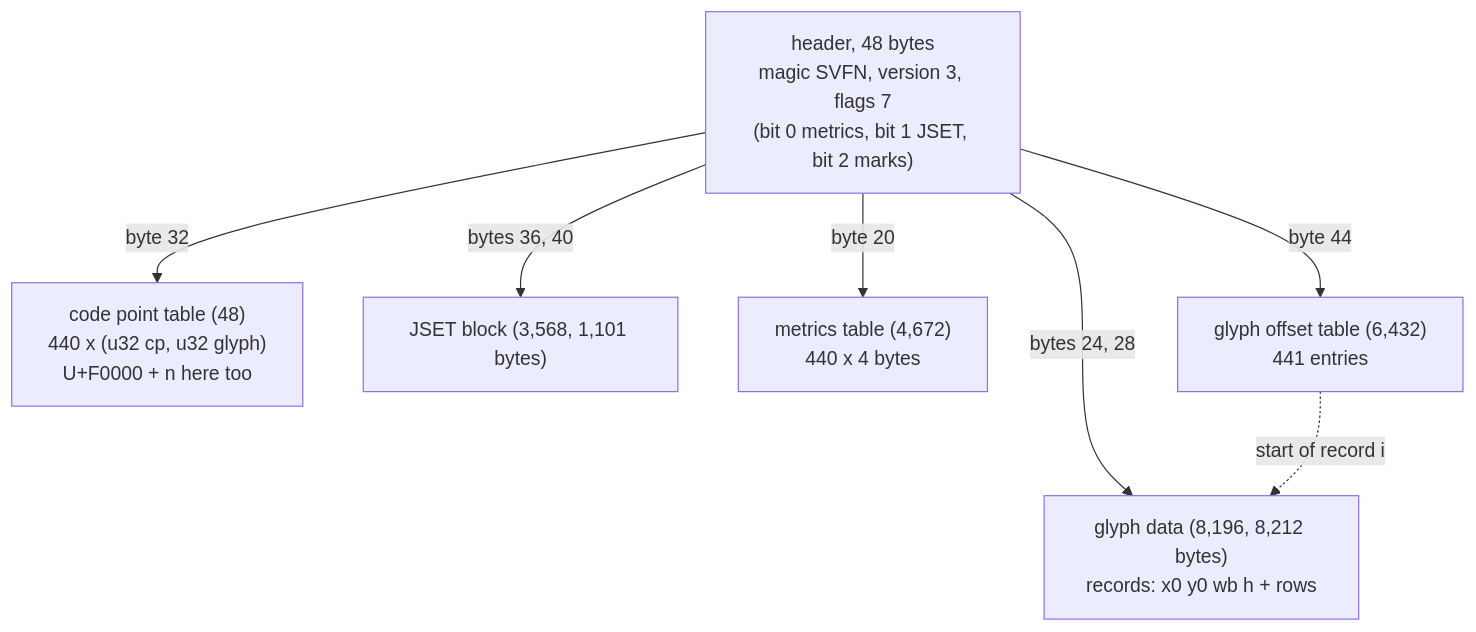
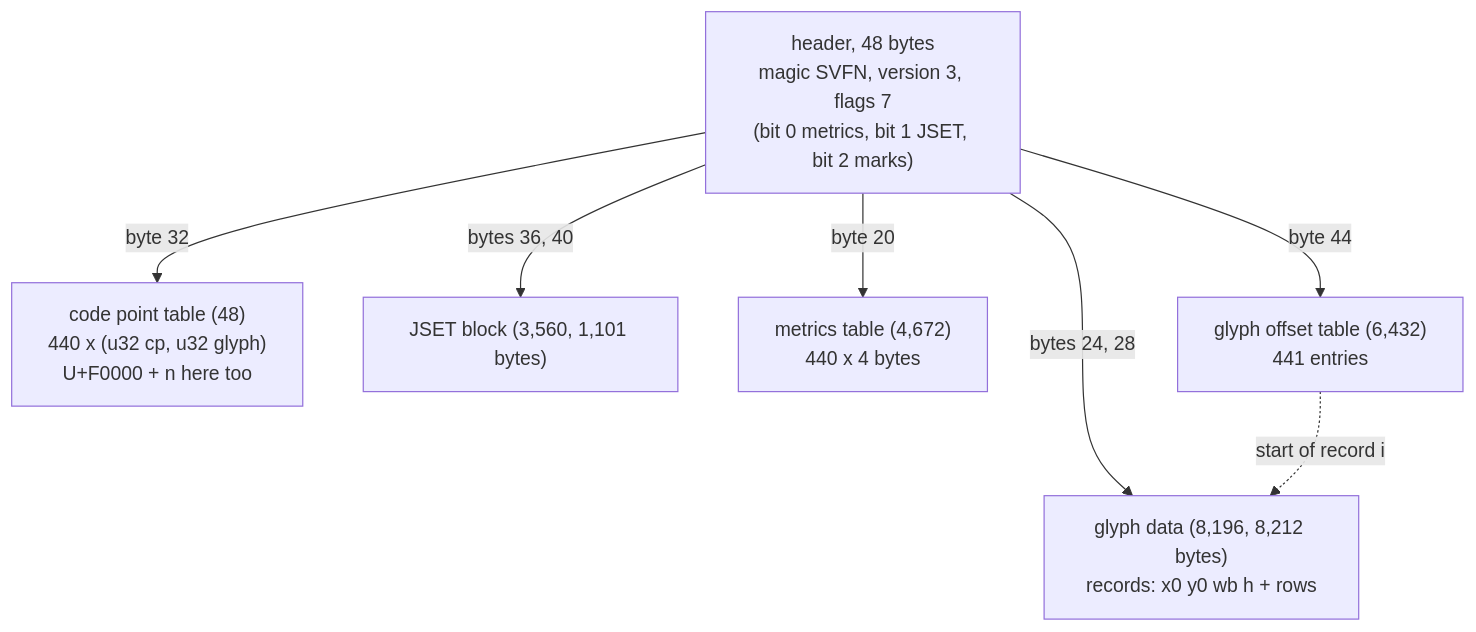
Diagram 13 of 27 in docs/jamo-sets.md (TaehyunKimLL/svf-fonts-open), drawn with Mermaid before and after one commit. The commit also changed other lines of this file and 14 other files, not shown here.

````diff
--- a/docs/jamo-sets.md
+++ b/docs/jamo-sets.md
@@ -519,10 +545,10 @@
 ```mermaid
 flowchart TD
   H["header, 48 bytes<br/>magic SVFN, version 3, flags 7<br/>(bit 0 metrics, bit 1 JSET, bit 2 marks)"]
   H -->|"byte 32"| C["code point table (48)<br/>440 x (u32 cp, u32 glyph)<br/>U+F0000 + n here too"]
-  H -->|"bytes 36, 40"| J["JSET block (3,568, 1,101 bytes)"]
+  H -->|"bytes 36, 40"| J["JSET block (3,560, 1,101 bytes)"]
   H -->|"byte 20"| M["metrics table (4,672)<br/>440 x 4 bytes"]
   H -->|"byte 44"| O["glyph offset table (6,432)<br/>441 entries"]
   H -->|"bytes 24, 28"| D["glyph data (8,196, 8,212 bytes)<br/>records: x0 y0 wb h + rows"]
   O -.->|start of record i| D
 ```
````
